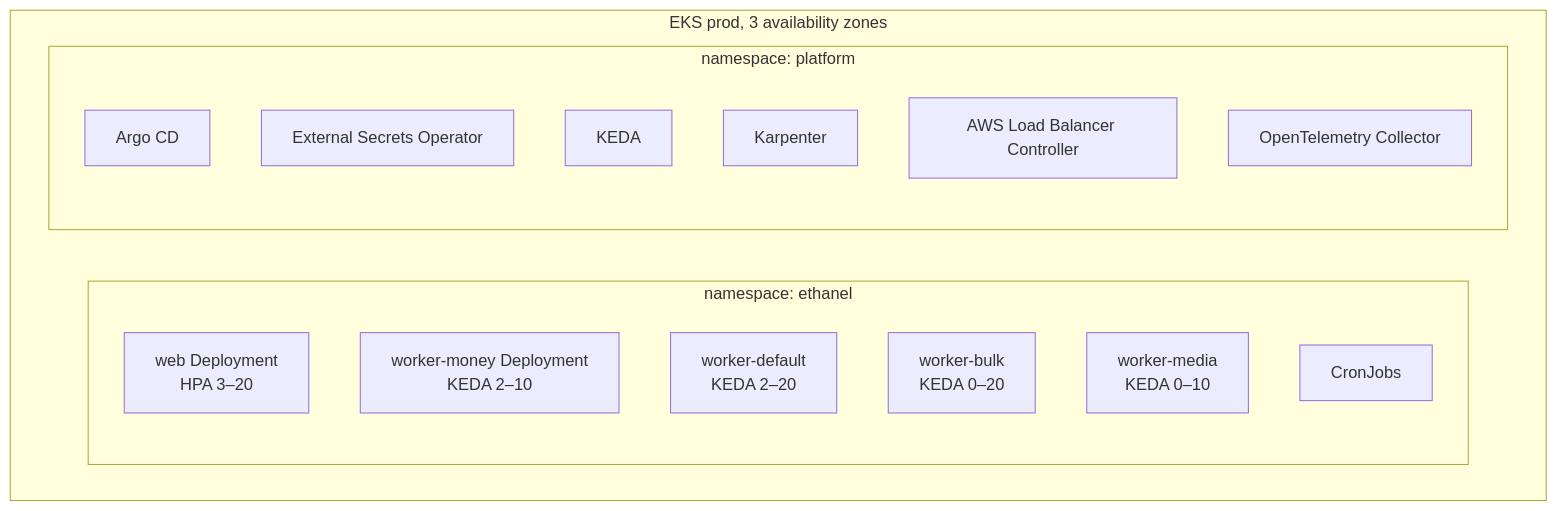
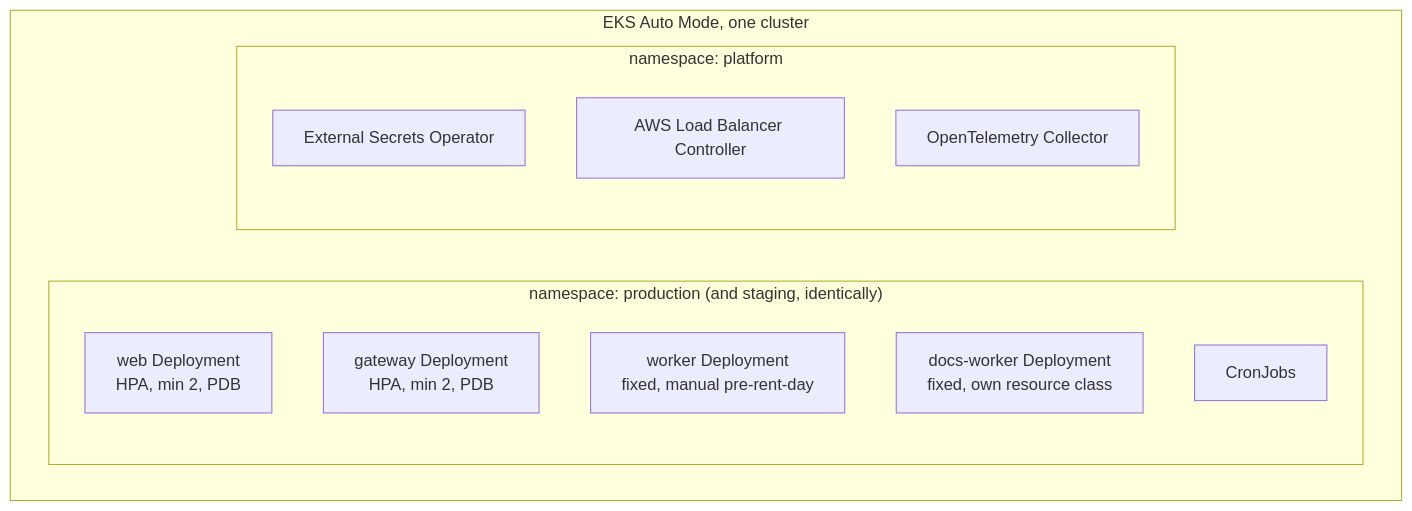
The sixth of 7 diagrams in .docs/ARCHITECTURE.md (simpleHacker0893/ethanel-estate-property-managers), drawn with Mermaid before and after one commit. The commit also changed other lines of this file and 98 other files, not shown here.

````diff
--- a/.docs/ARCHITECTURE.md
+++ b/.docs/ARCHITECTURE.md
@@ -517,21 +597,17 @@
 ```mermaid
 flowchart TB
-  subgraph Cluster["EKS prod, 3 availability zones"]
-    subgraph ns1["namespace: ethanel"]
-      web["web Deployment<br/>HPA 3–20"]
-      wm["worker-money Deployment<br/>KEDA 2–10"]
-      wd["worker-default<br/>KEDA 2–20"]
-      wb["worker-bulk<br/>KEDA 0–20"]
-      wmed["worker-media<br/>KEDA 0–10"]
+  subgraph Cluster["EKS Auto Mode, one cluster"]
+    subgraph ns1["namespace: production (and staging, identically)"]
+      web["web Deployment<br/>HPA, min 2, PDB"]
+      gw["gateway Deployment<br/>HPA, min 2, PDB"]
+      wrk["worker Deployment<br/>fixed, manual pre-rent-day"]
+      dw["docs-worker Deployment<br/>fixed, own resource class"]
       cj["CronJobs"]
     end
     subgraph ns2["namespace: platform"]
-      argo["Argo CD"]
       eso["External Secrets Operator"]
-      keda["KEDA"]
-      karp["Karpenter"]
       lbc["AWS Load Balancer Controller"]
       otel["OpenTelemetry Collector"]
     end
   end
 ```
````
